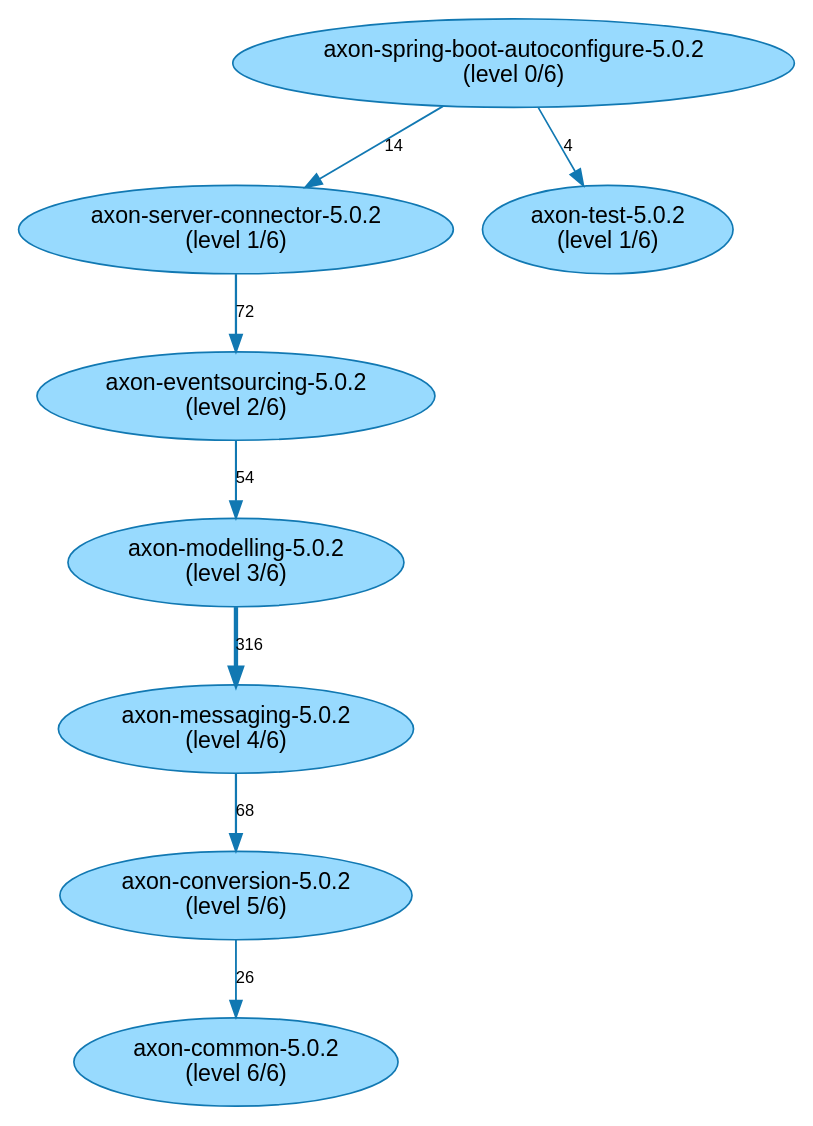
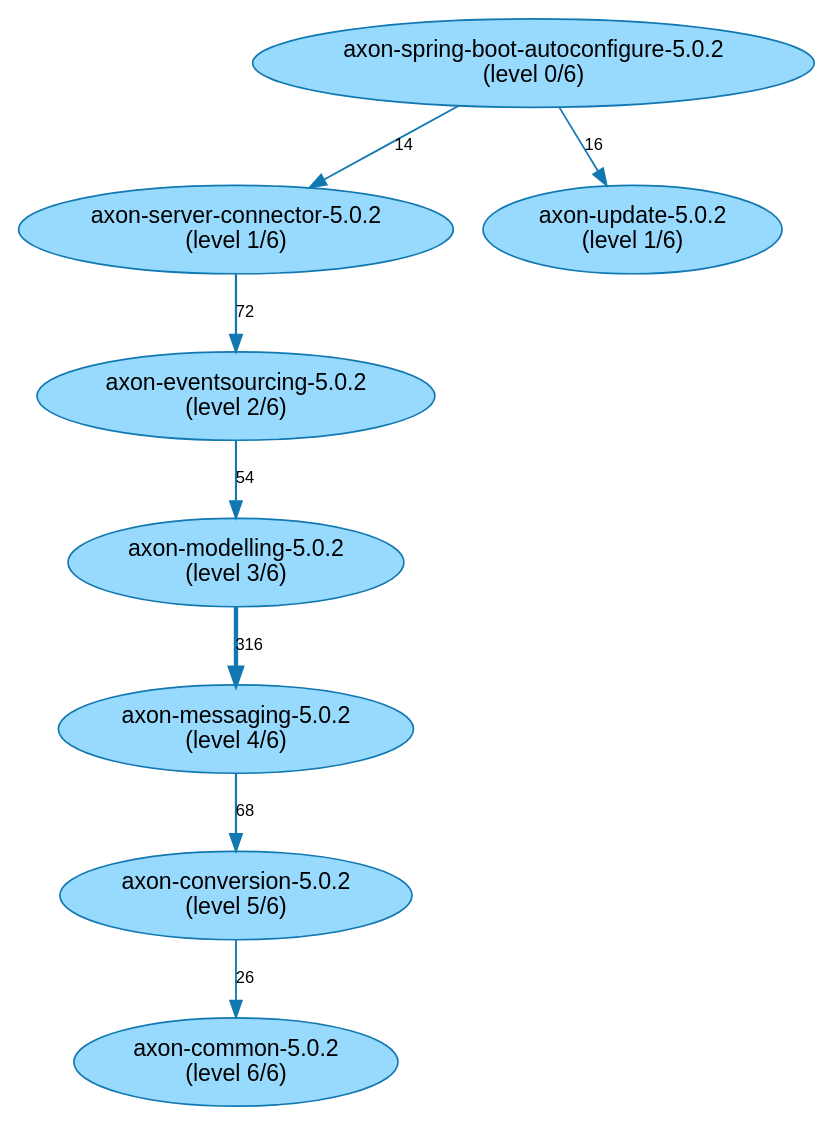
One commit to JohT/code-graph-analysis-examples changed the diagram in analysis-results/AxonFramework/AxonFramework-5.0.2/path-finding-visualization/JavaArtifactLongestPathsIsolated.gv. Above: the diagram before and after it, drawn with Graphviz. The commit also changed 869 other files, not shown here.

```diff
--- a/analysis-results/AxonFramework/AxonFramework-5.0.2/path-finding-visualization/JavaArtifactLongestPathsIsolated.gv
+++ b/analysis-results/AxonFramework/AxonFramework-5.0.2/path-finding-visualization/JavaArtifactLongestPathsIsolated.gv
@@ -1,32 +1,32 @@
 // This GraphViz dot file was generated by the script convertQueryResultCsvToGraphVizDotFile.sh with default.template
 
 strict digraph JavaArtifactLongestPathsIsolated {
     fontname = "Helvetica,Arial,sans-serif";
     node [fontname = "Helvetica,Arial,sans-serif";];
     edge [fontname = "Helvetica,Arial,sans-serif"; fontsize = 10;];
     node [style = filled; fillcolor = "0.560 0.400 0.999";];
     node [color = "0.560 0.900 0.700";];
     edge [color = "0.560 0.900 0.700";];
 	"axon-spring-boot-autoconfigure-5.0.2\n(level 0/6)" -> "axon-server-connector-5.0.2\n(level 1/6)" [label=14; penwidth=1.06; ];
 	"axon-server-connector-5.0.2\n(level 1/6)" -> "axon-eventsourcing-5.0.2\n(level 2/6)" [label=72; penwidth=1.36; ];
 	"axon-eventsourcing-5.0.2\n(level 2/6)" -> "axon-modelling-5.0.2\n(level 3/6)" [label=54; penwidth=1.27; ];
 	"axon-modelling-5.0.2\n(level 3/6)" -> "axon-messaging-5.0.2\n(level 4/6)" [label=316; penwidth=2.62; ];
 	"axon-messaging-5.0.2\n(level 4/6)" -> "axon-conversion-5.0.2\n(level 5/6)" [label=68; penwidth=1.34; ];
 	"axon-conversion-5.0.2\n(level 5/6)" -> "axon-common-5.0.2\n(level 6/6)" [label=26; penwidth=1.12; ];
 	"axon-spring-boot-autoconfigure-5.0.2\n(level 0/6)" -> "axon-server-connector-5.0.2\n(level 1/6)" [label=14; penwidth=1.06; ];
 	"axon-server-connector-5.0.2\n(level 1/6)" -> "axon-eventsourcing-5.0.2\n(level 2/6)" [label=72; penwidth=1.36; ];
 	"axon-eventsourcing-5.0.2\n(level 2/6)" -> "axon-modelling-5.0.2\n(level 3/6)" [label=54; penwidth=1.27; ];
 	"axon-modelling-5.0.2\n(level 3/6)" -> "axon-messaging-5.0.2\n(level 4/6)" [label=316; penwidth=2.62; ];
 	"axon-messaging-5.0.2\n(level 4/6)" -> "axon-conversion-5.0.2\n(level 5/6)" [label=68; penwidth=1.34; ];
 	"axon-spring-boot-autoconfigure-5.0.2\n(level 0/6)" -> "axon-server-connector-5.0.2\n(level 1/6)" [label=14; penwidth=1.06; ];
 	"axon-server-connector-5.0.2\n(level 1/6)" -> "axon-eventsourcing-5.0.2\n(level 2/6)" [label=72; penwidth=1.36; ];
 	"axon-eventsourcing-5.0.2\n(level 2/6)" -> "axon-modelling-5.0.2\n(level 3/6)" [label=54; penwidth=1.27; ];
 	"axon-modelling-5.0.2\n(level 3/6)" -> "axon-messaging-5.0.2\n(level 4/6)" [label=316; penwidth=2.62; ];
 	"axon-spring-boot-autoconfigure-5.0.2\n(level 0/6)" -> "axon-server-connector-5.0.2\n(level 1/6)" [label=14; penwidth=1.06; ];
 	"axon-server-connector-5.0.2\n(level 1/6)" -> "axon-eventsourcing-5.0.2\n(level 2/6)" [label=72; penwidth=1.36; ];
 	"axon-eventsourcing-5.0.2\n(level 2/6)" -> "axon-modelling-5.0.2\n(level 3/6)" [label=54; penwidth=1.27; ];
 	"axon-spring-boot-autoconfigure-5.0.2\n(level 0/6)" -> "axon-server-connector-5.0.2\n(level 1/6)" [label=14; penwidth=1.06; ];
 	"axon-server-connector-5.0.2\n(level 1/6)" -> "axon-eventsourcing-5.0.2\n(level 2/6)" [label=72; penwidth=1.36; ];
-	"axon-spring-boot-autoconfigure-5.0.2\n(level 0/6)" -> "axon-test-5.0.2\n(level 1/6)" [label=4; penwidth=1.01; ];
+	"axon-spring-boot-autoconfigure-5.0.2\n(level 0/6)" -> "axon-update-5.0.2\n(level 1/6)" [label=16; penwidth=1.07; ];
 	"axon-spring-boot-autoconfigure-5.0.2\n(level 0/6)" -> "axon-server-connector-5.0.2\n(level 1/6)" [label=14; penwidth=1.06; ];
 }
```
